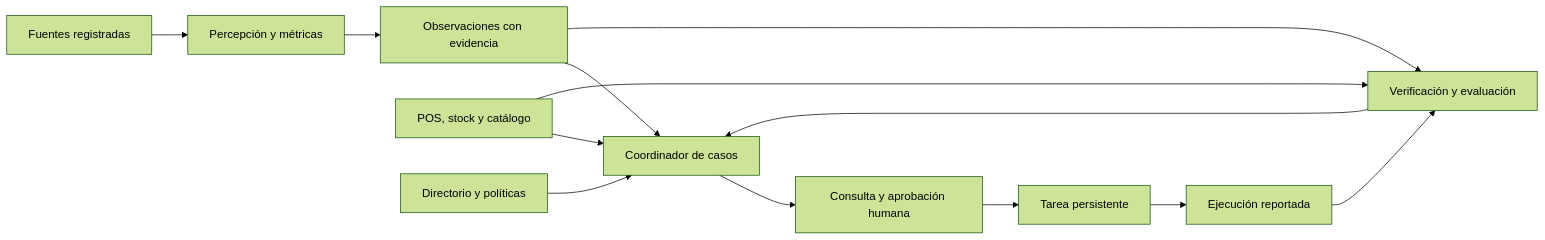
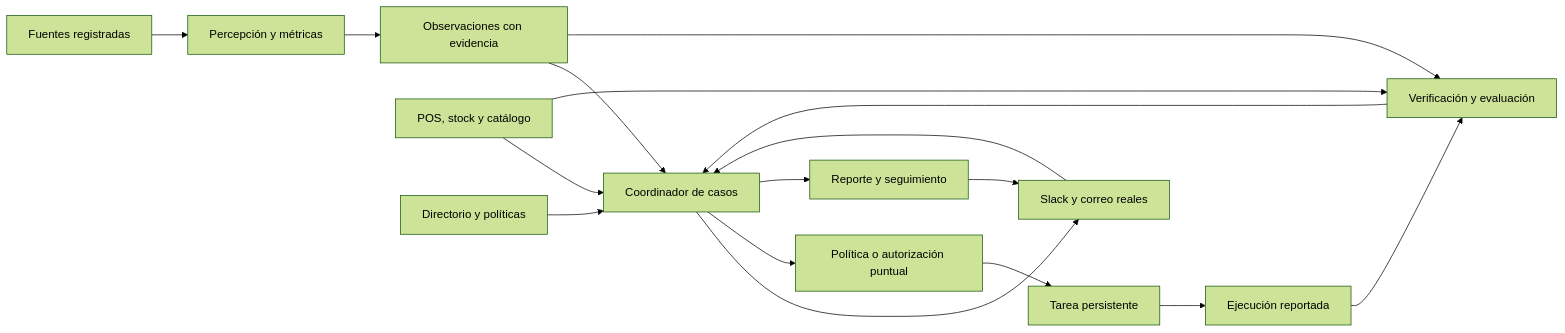
One commit to SMarinC/Hackaton-open changed the diagram in specs/prd.md. Above: the diagram before and after it, drawn with Mermaid (forest theme). The commit also changed other lines of this file and 12 other files, not shown here.

````diff
--- a/specs/prd.md
+++ b/specs/prd.md
@@ -152,15 +161,19 @@
 ```mermaid
 flowchart LR
     F[Fuentes registradas] --> V[Percepción y métricas]
     V --> E[Observaciones con evidencia]
     C[POS, stock y catálogo] --> A[Coordinador de casos]
     E --> A
     D[Directorio y políticas] --> A
-    A --> H[Consulta y aprobación humana]
-    H --> T[Tarea persistente]
+    A --> H[Slack y correo reales]
+    H --> A
+    A --> P[Política o autorización puntual]
+    P --> T[Tarea persistente]
     T --> X[Ejecución reportada]
     X --> Q[Verificación y evaluación]
     E --> Q
     C --> Q
     Q --> A
+    A --> R[Reporte y seguimiento]
+    R --> H
 ```
````
